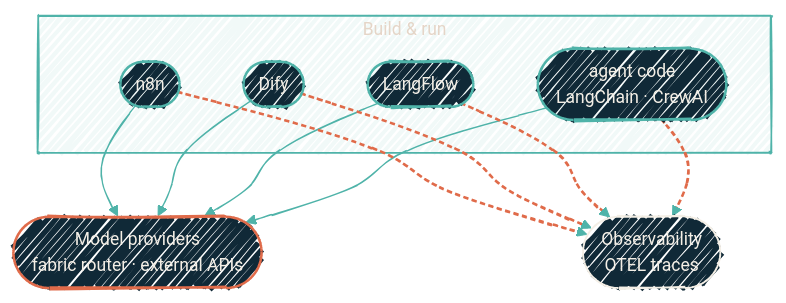
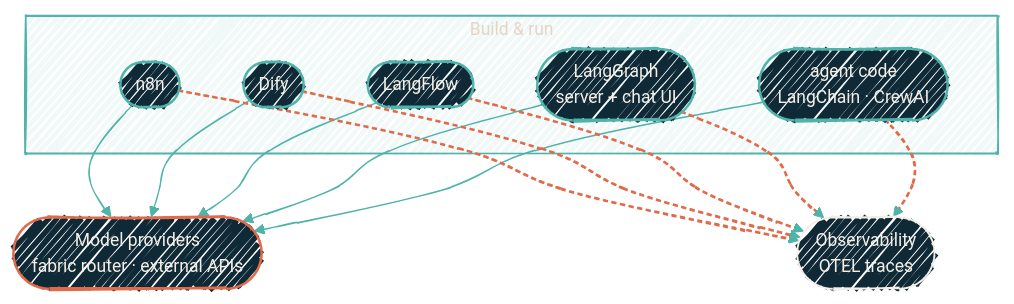
Before and after one commit to dryvist/docs: the diagram in ai-development/ai-orchestration-stack.mdx, drawn with Mermaid. The commit also changed other lines of this file, not shown here.

First line of the commit message:
docs(ai): add LangGraph to the AI orchestration stack overview

````diff
--- a/ai-development/ai-orchestration-stack.mdx
+++ b/ai-development/ai-orchestration-stack.mdx
@@ -43,31 +50,34 @@
 ```mermaid
 %%{init: {'theme':'base','look':'handDrawn','themeVariables':{'fontFamily':'Geist','fontSize':'14px','primaryColor':'#102937','primaryTextColor':'#F4EFE6','primaryBorderColor':'#4FB3A9','lineColor':'#4FB3A9','secondaryColor':'#0B1D2A','tertiaryColor':'#1A2A38','clusterBkg':'rgba(79,179,169,0.08)','clusterBorder':'#4FB3A9'}}}%%
 flowchart TB
   subgraph build [Build & run]
     N8N([n8n])
     DIFY([Dify])
     LF([LangFlow])
+    LG([LangGraph<br/>server + chat UI])
     AX([agent code<br/>LangChain · CrewAI])
   end
   MODELS([Model providers<br/>fabric router · external APIs])
   OBS([Observability<br/>OTEL traces])
 
   N8N --> MODELS
   DIFY --> MODELS
   LF --> MODELS
+  LG --> MODELS
   AX --> MODELS
   N8N -.-> OBS
   DIFY -.-> OBS
   LF -.-> OBS
+  LG -.-> OBS
   AX -.-> OBS
 
   classDef svc fill:#102937,stroke:#4FB3A9,stroke-width:2px,color:#F4EFE6;
   classDef core fill:#102937,stroke:#E06B4A,stroke-width:2px,color:#F4EFE6;
   classDef obs fill:#102937,stroke:#F4EFE6,stroke-width:1.5px,color:#F4EFE6;
 
-  class N8N,DIFY,LF,AX svc
+  class N8N,DIFY,LF,LG,AX svc
   class MODELS core
   class OBS obs
 
-  linkStyle 4,5,6,7 stroke:#E06B4A,stroke-width:2px,stroke-dasharray:4 3;
+  linkStyle 5,6,7,8,9 stroke:#E06B4A,stroke-width:2px,stroke-dasharray:4 3;
 ```
````
